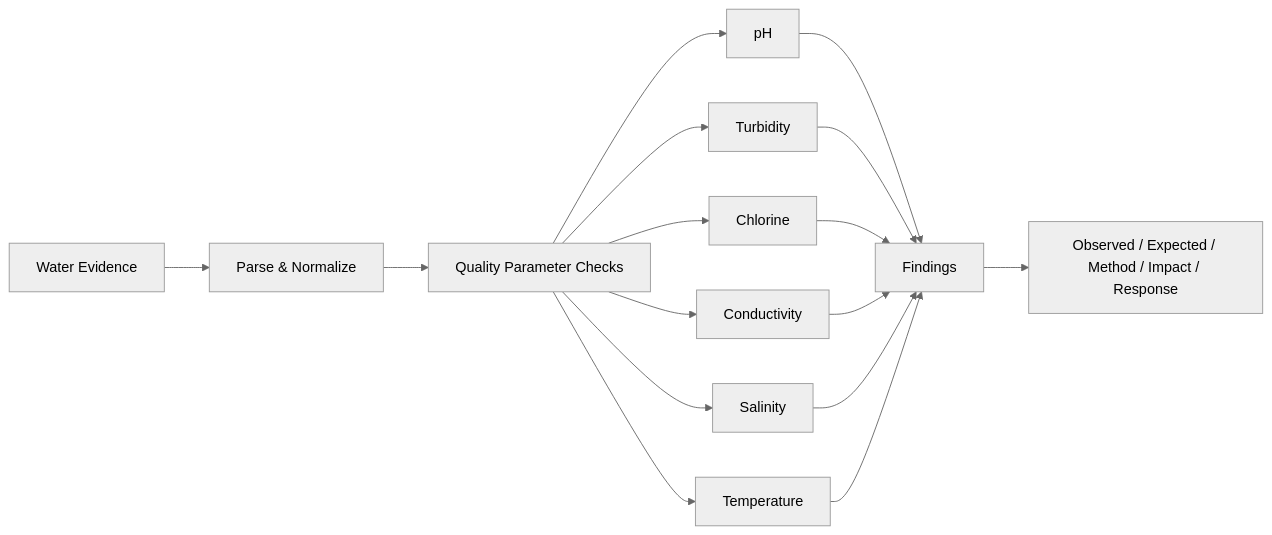
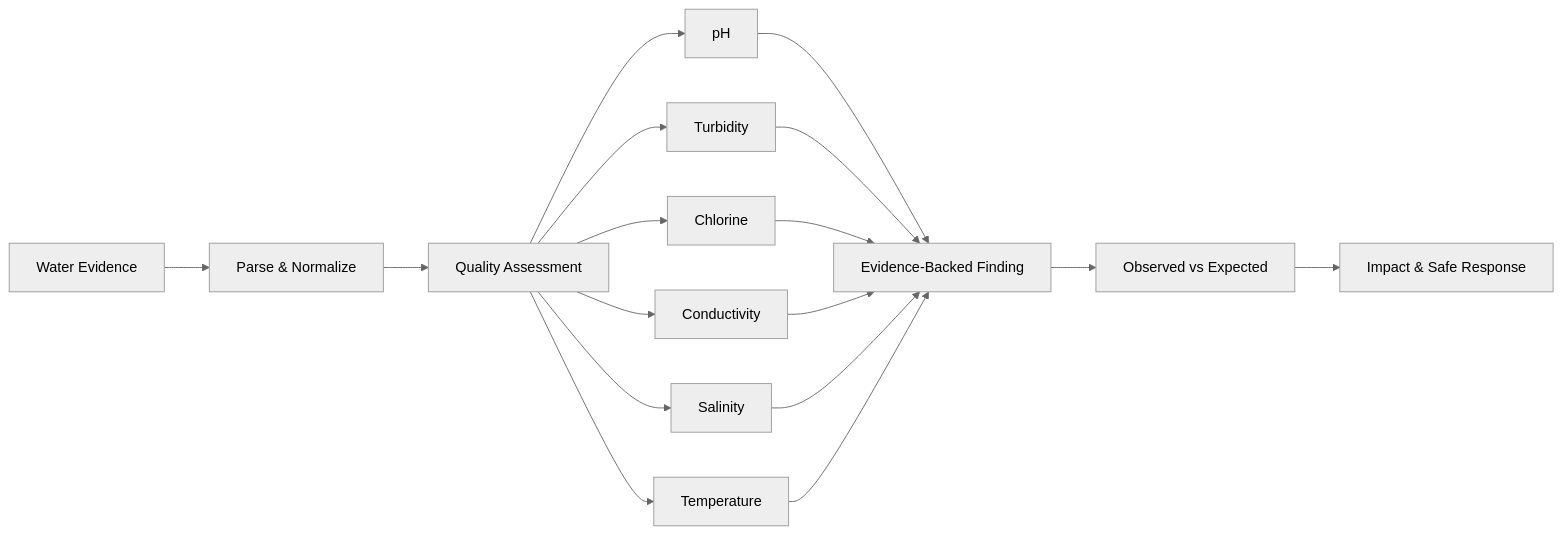
One commit to HaziqBinAfzal/AquaVigil changed the third of 8 diagrams in README.md. Above: the diagram before and after it, drawn with Mermaid (neutral theme). The commit also changed other lines of this file, not shown here.

````diff
--- a/README.md
+++ b/README.md
@@ -157,18 +272,22 @@
 ```mermaid
 flowchart LR
-    E[Water Evidence] --> P[Parse & Normalize]
-    P --> Q[Quality Parameter Checks]
-    Q --> PH[pH]
-    Q --> TU[Turbidity]
-    Q --> CL[Chlorine]
-    Q --> CO[Conductivity]
-    Q --> SA[Salinity]
-    Q --> TE[Temperature]
-    PH --> F[Findings]
-    TU --> F
-    CL --> F
-    CO --> F
-    SA --> F
-    TE --> F
-    F --> EX[Observed / Expected / Method / Impact / Response]
+    A["Water Evidence"] --> B["Parse & Normalize"]
+    B --> C["Quality Assessment"]
+
+    C --> D["pH"]
+    C --> E["Turbidity"]
+    C --> F["Chlorine"]
+    C --> G["Conductivity"]
+    C --> H["Salinity"]
+    C --> I["Temperature"]
+
+    D --> J["Evidence-Backed Finding"]
+    E --> J
+    F --> J
+    G --> J
+    H --> J
+    I --> J
+
+    J --> K["Observed vs Expected"]
+    K --> L["Impact & Safe Response"]
 ```
````
